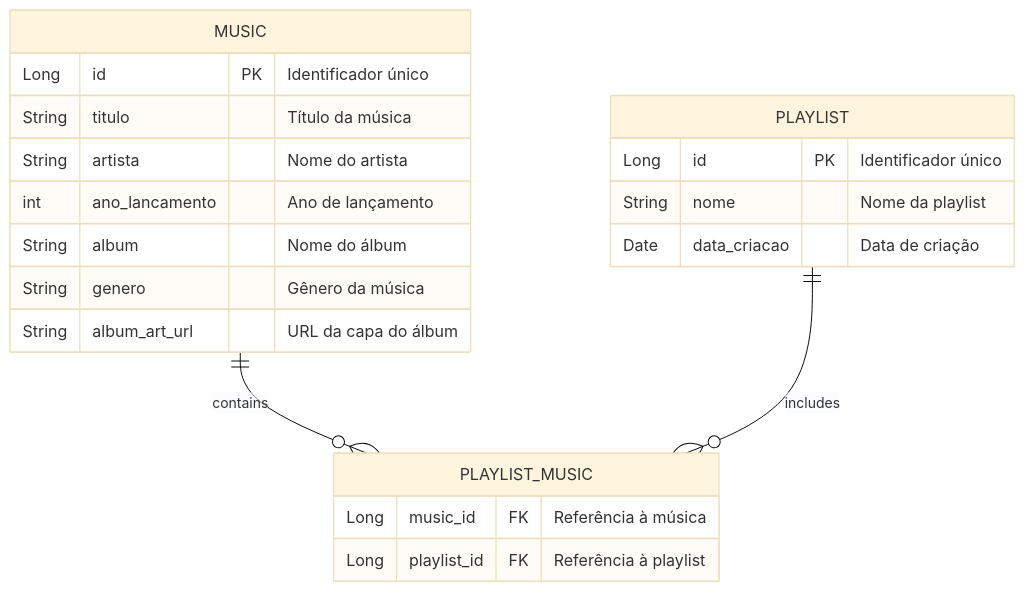
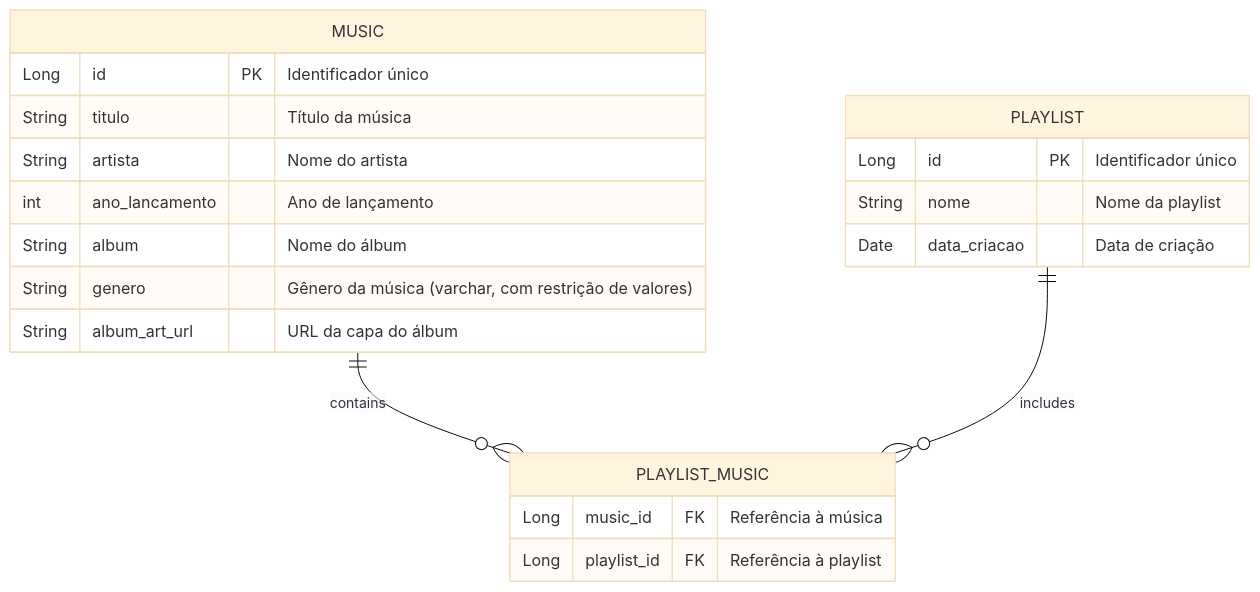
One commit to laiscrz/playmix-application-mvc changed the diagram in README.md. Above: the diagram before and after it, drawn with Mermaid (base theme). The commit also changed other lines of this file, not shown here.

````diff
--- a/README.md
+++ b/README.md
@@ -10,26 +10,27 @@
 ```mermaid
 erDiagram
     MUSIC {
         Long id PK "Identificador único"
         String titulo "Título da música"
         String artista "Nome do artista"
         int ano_lancamento "Ano de lançamento"
         String album "Nome do álbum"
-        String genero "Gênero da música"
+        String genero "Gênero da música (varchar, com restrição de valores)"
         String album_art_url "URL da capa do álbum"
     }
 
     PLAYLIST {
         Long id PK "Identificador único"
         String nome "Nome da playlist"
         Date data_criacao "Data de criação"
     }
 
     PLAYLIST_MUSIC {
         Long music_id FK "Referência à música"
         Long playlist_id FK "Referência à playlist"
     }
 
     MUSIC ||--o{ PLAYLIST_MUSIC : contains
     PLAYLIST ||--o{ PLAYLIST_MUSIC : includes
+
 ```
````
